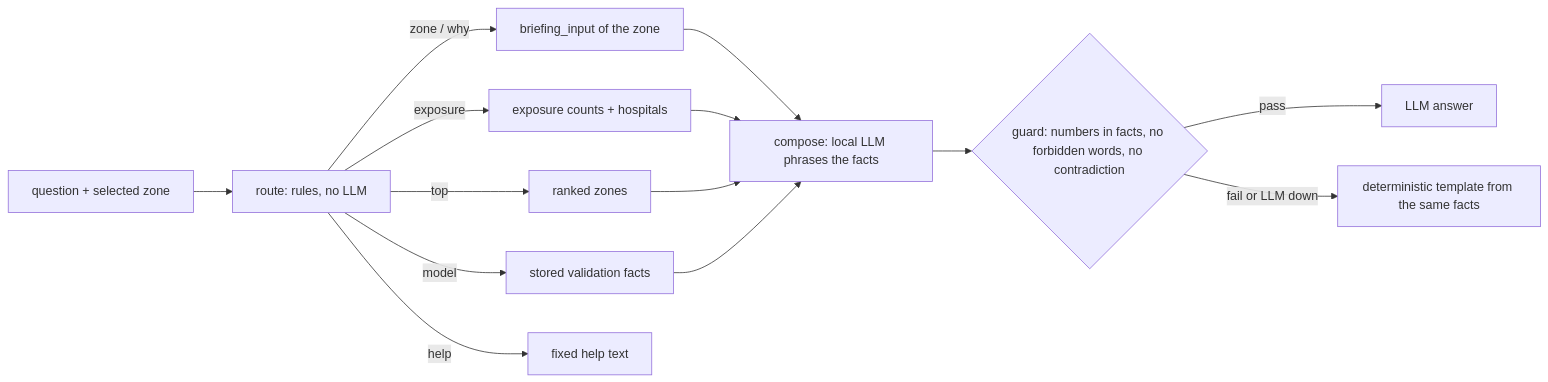
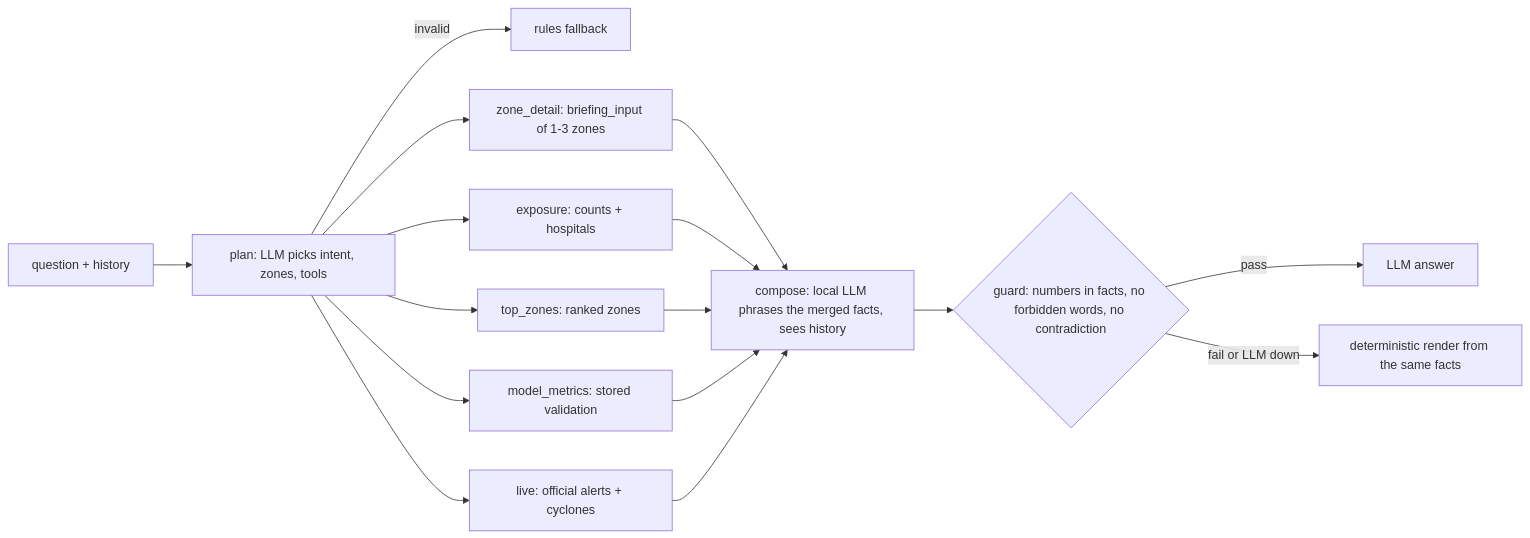
Before and after one commit to PlatypusPus/MushroomEmpire: the third of 3 diagrams in backend/ORCHESTRATION.md, drawn with Mermaid. The commit also changed other lines of this file and 16 other files, not shown here.

````diff
--- a/backend/ORCHESTRATION.md
+++ b/backend/ORCHESTRATION.md
@@ -86,16 +86,18 @@
 ```mermaid
 graph LR
-  Q[question + selected zone] --> R[route: rules, no LLM]
-  R -->|zone / why| Z[briefing_input of the zone]
-  R -->|exposure| E[exposure counts + hospitals]
-  R -->|top| T[ranked zones]
-  R -->|model| M[stored validation facts]
-  R -->|help| H[fixed help text]
-  Z --> C[compose: local LLM phrases the facts]
+  Q[question + history] --> P[plan: LLM picks intent, zones, tools]
+  P -->|invalid| R[rules fallback]
+  P --> Z[zone_detail: briefing_input of 1-3 zones]
+  P --> E[exposure: counts + hospitals]
+  P --> T[top_zones: ranked zones]
+  P --> M[model_metrics: stored validation]
+  P --> L[live: official alerts + cyclones]
+  Z --> C[compose: local LLM phrases the merged facts, sees history]
   E --> C
   T --> C
   M --> C
+  L --> C
   C --> G{guard: numbers in facts, no forbidden words, no contradiction}
   G -->|pass| A[LLM answer]
-  G -->|fail or LLM down| X[deterministic template from the same facts]
+  G -->|fail or LLM down| X[deterministic render from the same facts]
 ```
````
